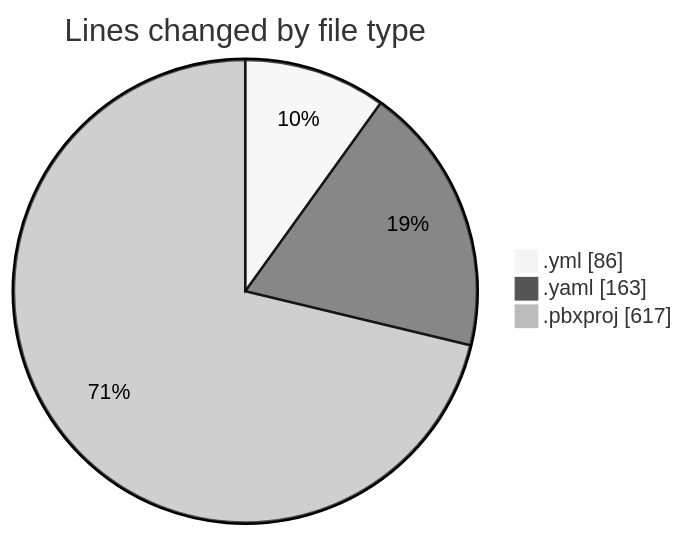
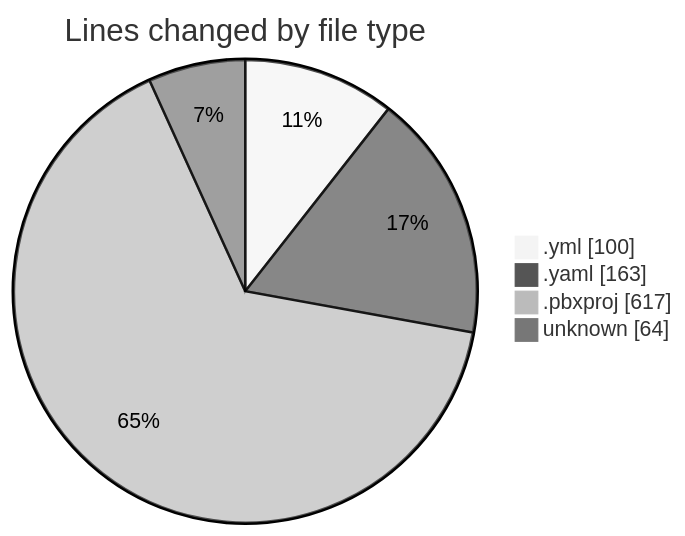
One commit to lephambinh05/code-tracking changed the first of 2 diagrams in 2025-08-08/studybuddy/README.md. Above: the diagram before and after it, drawn with Mermaid (neutral theme). The commit also changed other lines of this file and 1 other file, not shown here.

````diff
--- a/2025-08-08/studybuddy/README.md
+++ b/2025-08-08/studybuddy/README.md
@@ -23,7 +24,8 @@
 ```mermaid
 pie showData
 title Lines changed by file type
-".yml" : 86
+".yml" : 100
 ".yaml" : 163
 ".pbxproj" : 617
+"unknown" : 64
 ```
````
